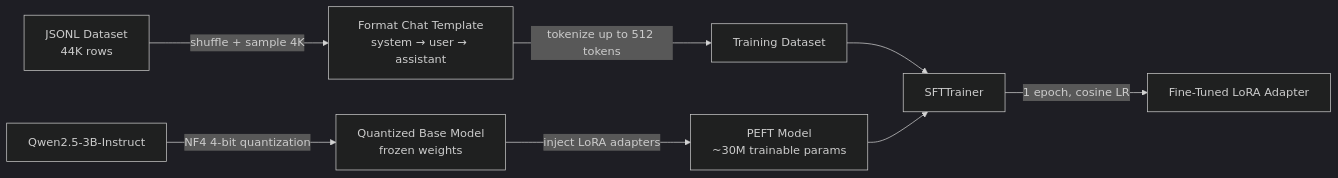
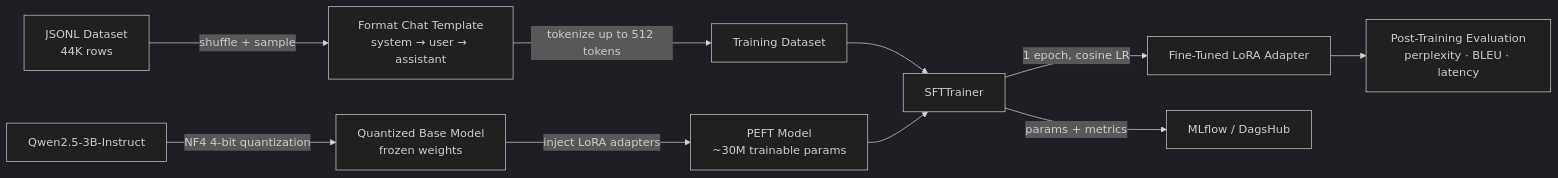
The first of 4 diagrams in README.md (nasim-raj-laskar/QwenDrive-QLoRA), drawn with Mermaid (dark theme) before and after one commit. The commit also changed other lines of this file, not shown here.

First line of the commit message:
Enhance README with training and evaluation details

````diff
--- a/README.md
+++ b/README.md
@@ -7,10 +7,12 @@
 ```mermaid
 flowchart LR
-    A[JSONL Dataset\n44K rows] -->|shuffle + sample 4K| B[Format Chat Template\nsystem → user → assistant]
+    A[JSONL Dataset\n44K rows] -->|shuffle + sample| B[Format Chat Template\nsystem → user → assistant]
     B -->|tokenize up to 512 tokens| C[Training Dataset]
     D[Qwen2.5-3B-Instruct] -->|NF4 4-bit quantization| E[Quantized Base Model\nfrozen weights]
     E -->|inject LoRA adapters| F[PEFT Model\n~30M trainable params]
     C --> G[SFTTrainer]
     F --> G
     G -->|1 epoch, cosine LR| H[Fine-Tuned LoRA Adapter]
+    H --> I[Post-Training Evaluation\nperplexity · BLEU · latency]
+    G -->|params + metrics| J[MLflow / DagsHub]
 ```
````
